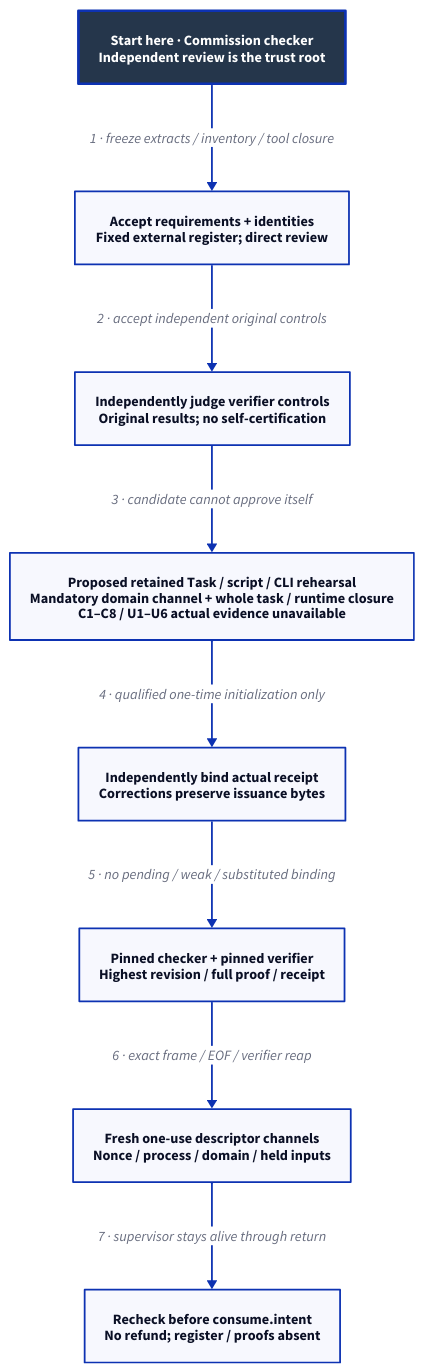
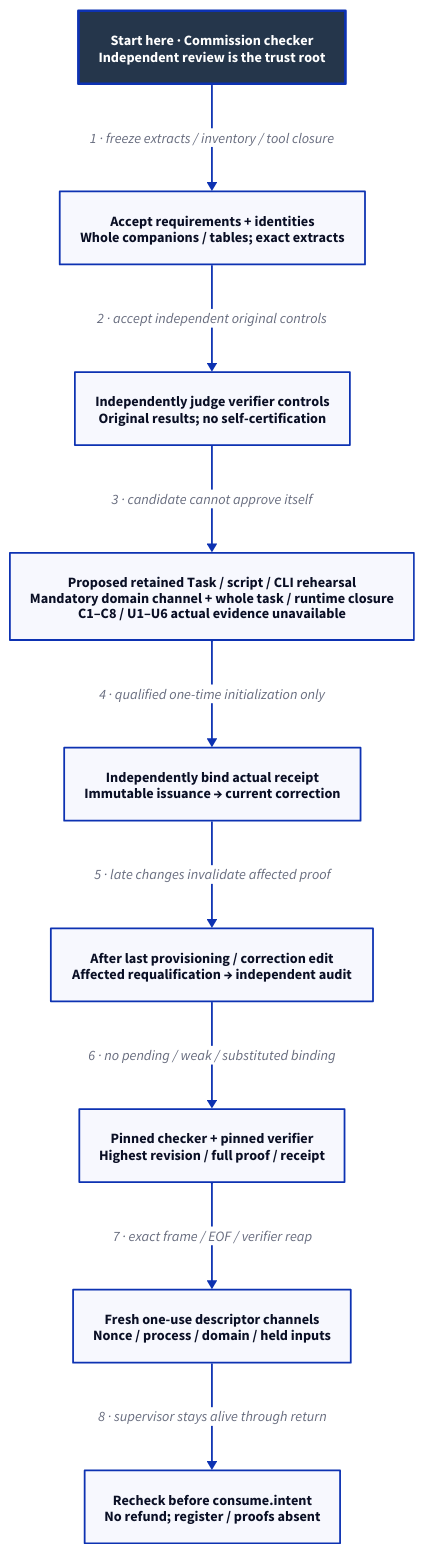
Before and after one commit to Linkuistics/Koine: the diagram in docs/design/architecture/native-reference-proof.d2, drawn with D2. The commit also changed 48 other files, not shown here.

```diff
--- a/docs/design/architecture/native-reference-proof.d2
+++ b/docs/design/architecture/native-reference-proof.d2
@@ -1,20 +1,22 @@
 # Proposed dependency flow; root, tools and controls remain unqualified.
 direction: down
 classes: {
   start: {style: {fill: "#25364B"; font-color: "#FFFFFF"; bold: true; stroke-width: 3}}
 }
 Start: "Start here · Commission checker\nIndependent review is the trust root" {class: start}
-Revision: "Accept requirements + identities\nFixed external register; direct review"
+Revision: "Accept requirements + identities\nWhole companions / tables; exact extracts"
 Self: "Independently judge verifier controls\nOriginal results; no self-certification"
 Qualification: "Proposed retained Task / script / CLI rehearsal\nMandatory domain channel + whole task / runtime closure\nC1–C8 / U1–U6 actual evidence unavailable"
-Receipt: "Independently bind actual receipt\nCorrections preserve issuance bytes"
+Receipt: "Independently bind actual receipt\nImmutable issuance → current correction"
+Final: "After last provisioning / correction edit\nAffected requalification → independent audit"
 Checker: "Pinned checker + pinned verifier\nHighest revision / full proof / receipt"
 Channel: "Fresh one-use descriptor channels\nNonce / process / domain / held inputs"
 Boundary: "Recheck before consume.intent\nNo refund; register / proofs absent"
 Start -> Revision: "1 · freeze extracts / inventory / tool closure"
 Revision -> Self: "2 · accept independent original controls"
 Self -> Qualification: "3 · candidate cannot approve itself"
 Qualification -> Receipt: "4 · qualified one-time initialization only"
-Receipt -> Checker: "5 · no pending / weak / substituted binding"
-Checker -> Channel: "6 · exact frame / EOF / verifier reap"
-Channel -> Boundary: "7 · supervisor stays alive through return"
+Receipt -> Final: "5 · late changes invalidate affected proof"
+Final -> Checker: "6 · no pending / weak / substituted binding"
+Checker -> Channel: "7 · exact frame / EOF / verifier reap"
+Channel -> Boundary: "8 · supervisor stays alive through return"
```
